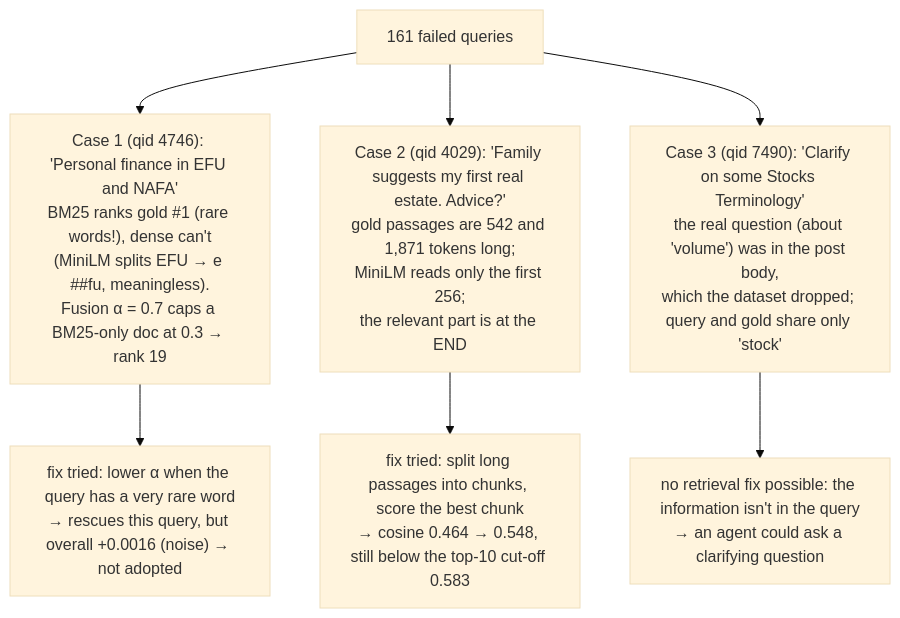
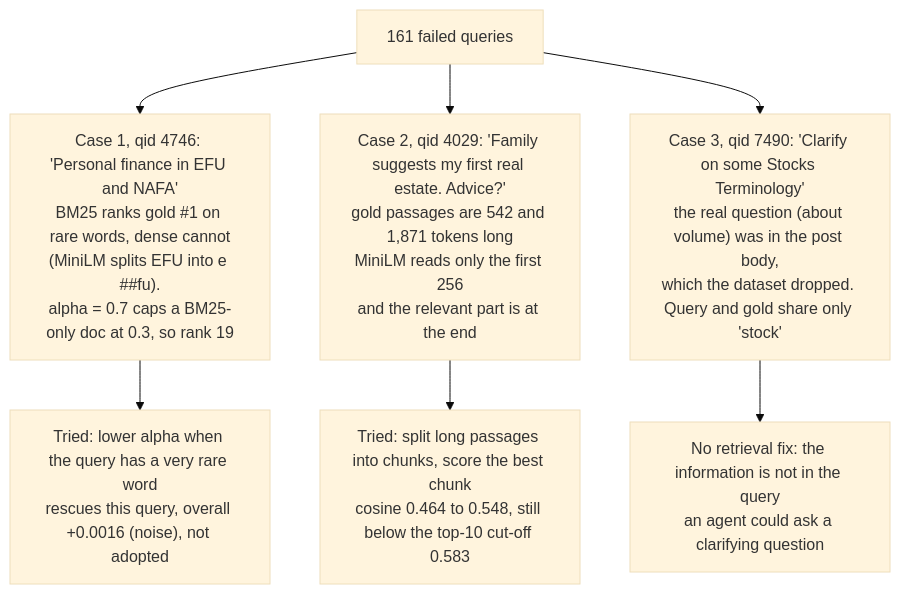
The fourth of 4 diagrams in docs/from_zero/06_part_a_end_to_end.md (node31/fiqa-agentic-retrieval), drawn with Mermaid (base theme) before and after one commit. The commit also changed other lines of this file and 9 other files, not shown here.

````diff
--- a/docs/from_zero/06_part_a_end_to_end.md
+++ b/docs/from_zero/06_part_a_end_to_end.md
@@ -230,9 +150,9 @@
 ```mermaid
 flowchart TB
-    F["161 failed queries"] --> A["Case 1 (qid 4746): 'Personal finance in EFU and NAFA'<br/>BM25 ranks gold #1 (rare words!), dense can't<br/>(MiniLM splits EFU → e ##fu, meaningless).<br/>Fusion α = 0.7 caps a BM25-only doc at 0.3 → rank 19"]
-    F --> B["Case 2 (qid 4029): 'Family suggests my first real estate. Advice?'<br/>gold passages are 542 and 1,871 tokens long;<br/>MiniLM reads only the first 256;<br/>the relevant part is at the END"]
-    F --> C["Case 3 (qid 7490): 'Clarify on some Stocks Terminology'<br/>the real question (about 'volume') was in the post body,<br/>which the dataset dropped; query and gold share only 'stock'"]
-    A --> FA["fix tried: lower α when the query has a very rare word<br/>→ rescues this query, but overall +0.0016 (noise) → not adopted"]
-    B --> FB["fix tried: split long passages into chunks, score the best chunk<br/>→ cosine 0.464 → 0.548, still below the top-10 cut-off 0.583"]
-    C --> FC["no retrieval fix possible: the information isn't in the query<br/>→ an agent could ask a clarifying question"]
+    F["161 failed queries"] --> A["Case 1, qid 4746: 'Personal finance in EFU and NAFA'<br/>BM25 ranks gold #1 on rare words, dense cannot<br/>(MiniLM splits EFU into e ##fu).<br/>alpha = 0.7 caps a BM25-only doc at 0.3, so rank 19"]
+    F --> B["Case 2, qid 4029: 'Family suggests my first real estate. Advice?'<br/>gold passages are 542 and 1,871 tokens long<br/>MiniLM reads only the first 256<br/>and the relevant part is at the end"]
+    F --> C["Case 3, qid 7490: 'Clarify on some Stocks Terminology'<br/>the real question (about volume) was in the post body,<br/>which the dataset dropped. Query and gold share only 'stock'"]
+    A --> FA["Tried: lower alpha when the query has a very rare word<br/>rescues this query, overall +0.0016 (noise), not adopted"]
+    B --> FB["Tried: split long passages into chunks, score the best chunk<br/>cosine 0.464 to 0.548, still below the top-10 cut-off 0.583"]
+    C --> FC["No retrieval fix: the information is not in the query<br/>an agent could ask a clarifying question"]
 ```
````
